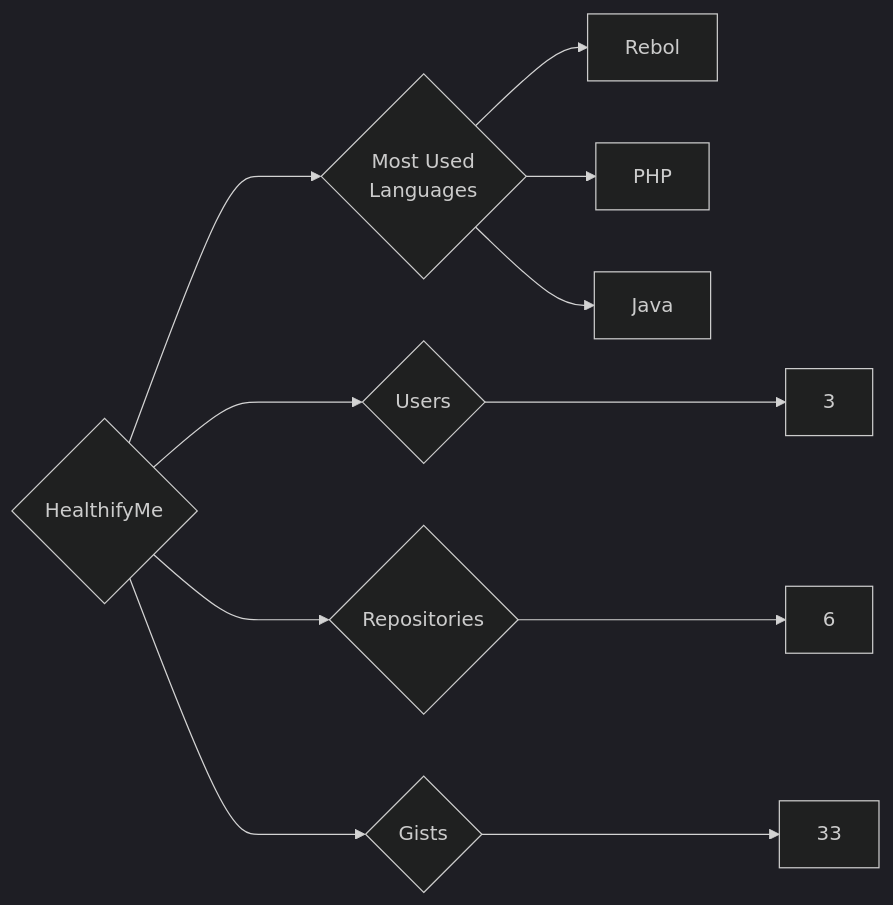
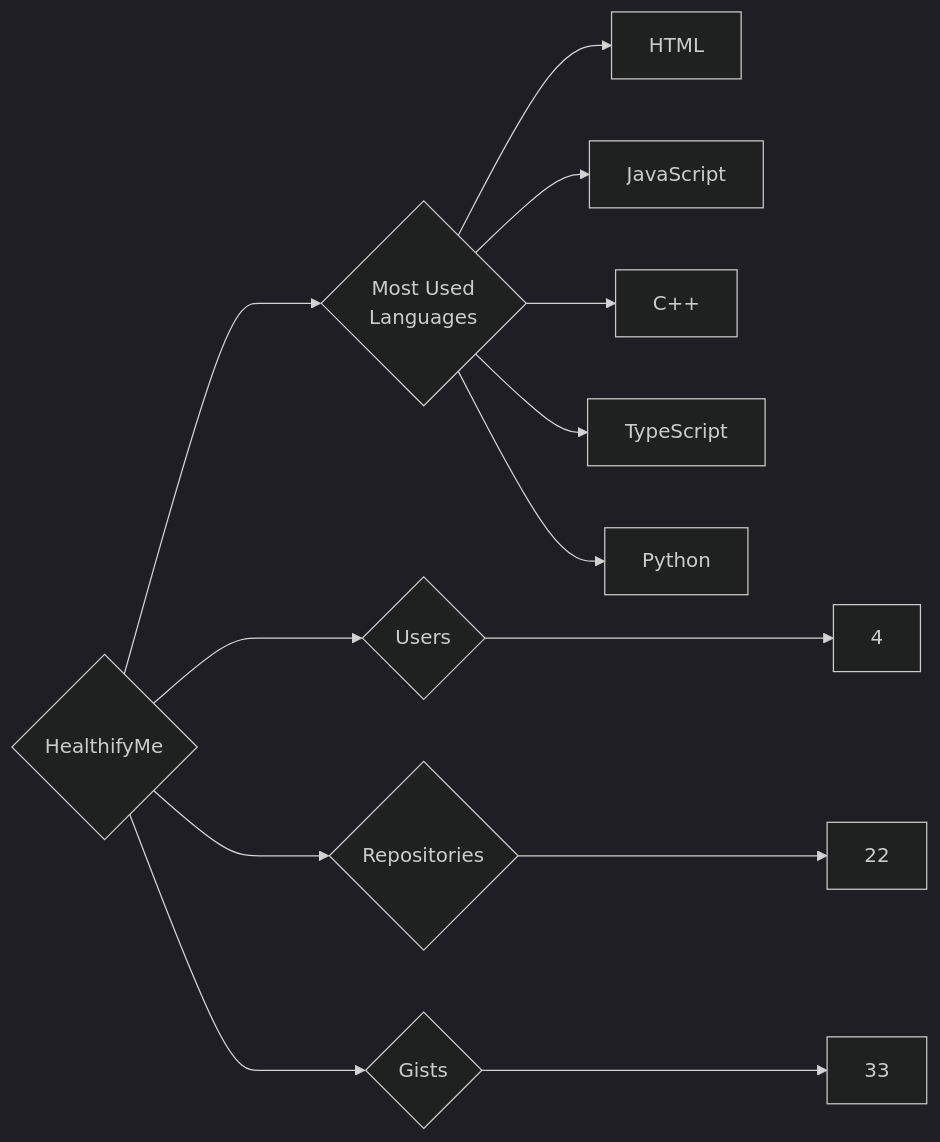
Before and after one commit to trickest/insiders: the diagram in targets/HealthifyMe/README.md, drawn with Mermaid (dark theme). The commit also changed 912 other files, not shown here.

````diff
--- a/targets/HealthifyMe/README.md
+++ b/targets/HealthifyMe/README.md
@@ -3,11 +3,13 @@
 ```mermaid
 graph LR
 COMPANY_NAME{HealthifyMe}
-COMPANY_NAME ---> U{Users} ---> UN[3]
-COMPANY_NAME ---> R{Repositories} ---> RN[6]
+COMPANY_NAME ---> U{Users} ---> UN[4]
+COMPANY_NAME ---> R{Repositories} ---> RN[22]
 COMPANY_NAME ---> G{Gists} ---> GN[33]
 COMPANY_NAME ---> ML{Most Used<br>Languages}
-ML --> Rebol[Rebol]
-ML --> PHP[PHP]
-ML --> Java[Java]
+ML --> HTML[HTML]
+ML --> JavaScript[JavaScript]
+ML --> C++[C++]
+ML --> TypeScript[TypeScript]
+ML --> Python[Python]
 ```
````
